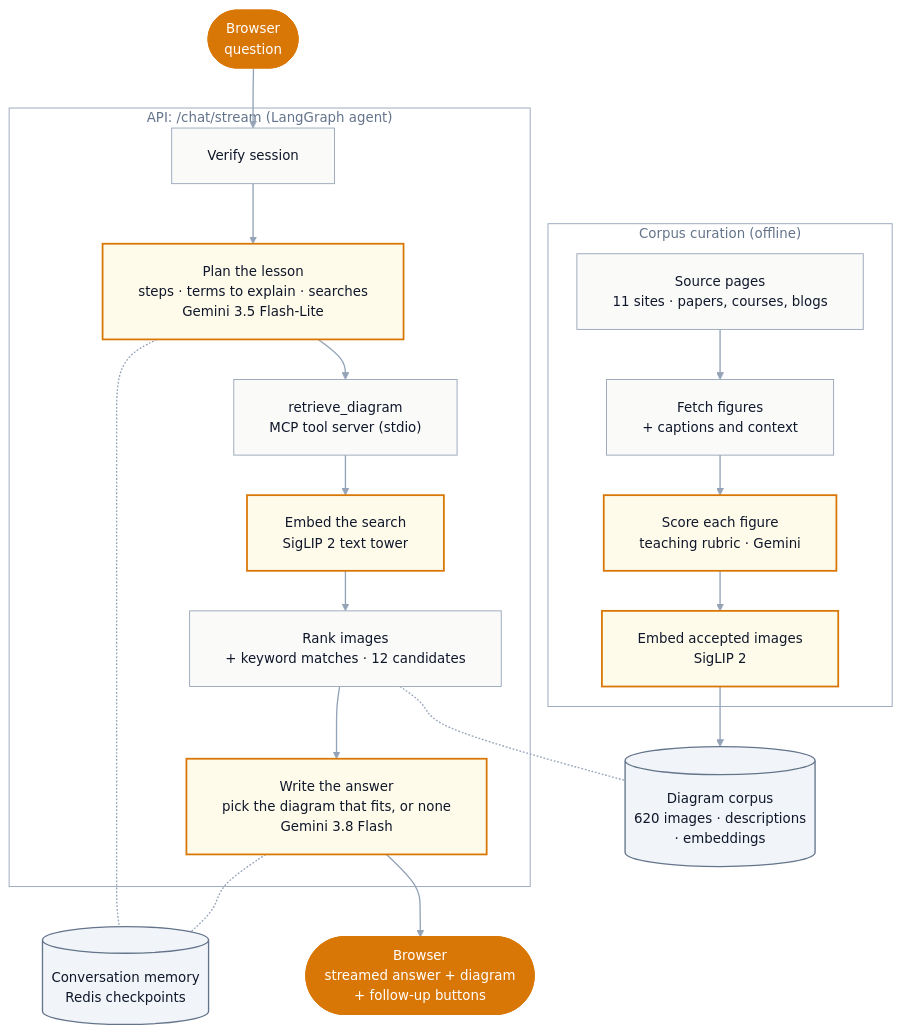
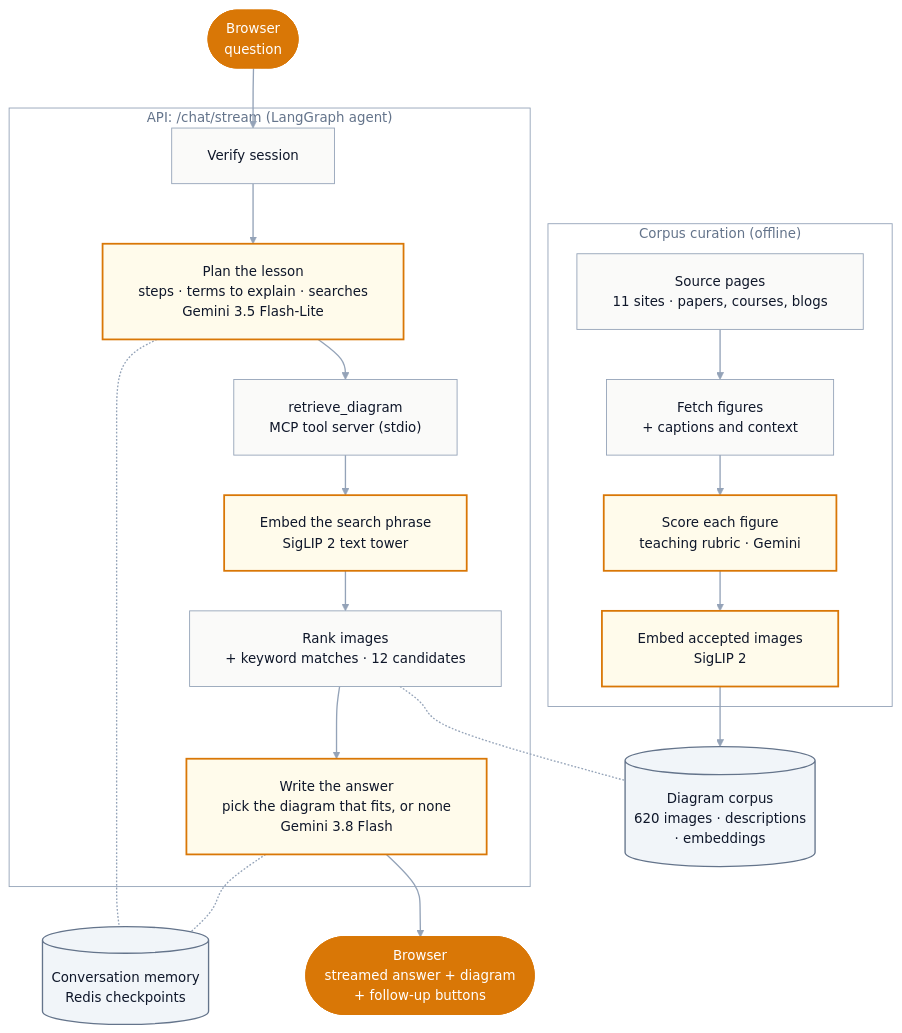
Before and after one commit to jessecui/mentorml: the diagram in README.md, drawn with Mermaid.

Commit message:
Clarify the search step label in the README diagram

````diff
--- a/README.md
+++ b/README.md
@@ -25,42 +25,42 @@
 ```mermaid
 %%{init: {"theme": "base", "themeVariables": {"fontSize": "15px", "lineColor": "#94a3b8", "textColor": "#64748b", "clusterBkg": "transparent", "clusterBorder": "#94a3b8", "titleColor": "#64748b"}, "flowchart": {"curve": "basis", "nodeSpacing": 45, "rankSpacing": 45, "padding": 20, "wrappingWidth": 400}}}%%
 flowchart TB
     UI(["Browser<br/>question"])
 
     subgraph CUR["#nbsp;#nbsp;#nbsp;#nbsp;#nbsp;#nbsp;#nbsp;#nbsp;Corpus curation (offline)#nbsp;#nbsp;#nbsp;#nbsp;#nbsp;#nbsp;#nbsp;#nbsp;"]
         S["Source pages<br/>11 sites · papers, courses, blogs"] --> F["Fetch figures<br/>+ captions and context"]
         F --> R["Score each figure<br/>teaching rubric · Gemini"]
         R --> E1["Embed accepted images<br/>SigLIP 2"]
     end
 
     STORE[("Diagram corpus<br/>620 images · descriptions<br/>· embeddings")]
     MEM[("Conversation memory<br/>Redis checkpoints")]
 
     subgraph API["#nbsp;#nbsp;#nbsp;#nbsp;#nbsp;#nbsp;#nbsp;#nbsp;API: /chat/stream (LangGraph agent)#nbsp;#nbsp;#nbsp;#nbsp;#nbsp;#nbsp;#nbsp;#nbsp;"]
         A["Verify session"] --> P["Plan the lesson<br/>steps · terms to explain · searches<br/>Gemini 3.5 Flash-Lite"]
         P --> T["retrieve_diagram<br/>MCP tool server (stdio)"]
-        T --> Q["Embed the search<br/>SigLIP 2 text tower"]
+        T --> Q["Embed the search phrase<br/>SigLIP 2 text tower"]
         Q --> K["Rank images<br/>+ keyword matches · 12 candidates"]
         K --> W["Write the answer<br/>pick the diagram that fits, or none<br/>Gemini 3.8 Flash"]
     end
 
     OUT(["Browser<br/>streamed answer + diagram<br/>+ follow-up buttons"])
 
     UI --> A
     E1 --> STORE
     K -.- STORE
     P -.- MEM
     W -.- MEM
     W --> OUT
 
     classDef step fill:#fafaf9,stroke:#94a3b8,stroke-width:1px,color:#0f172a
     classDef model fill:#fffbeb,stroke:#d97706,stroke-width:2px,color:#0f172a
     classDef store fill:#f1f5f9,stroke:#64748b,stroke-width:1.5px,color:#0f172a
     classDef client fill:#d97706,stroke:#d97706,color:#ffffff
 
     class S,F,A,T,K step
     class R,E1,P,Q,W model
     class STORE,MEM store
     class UI,OUT client
     linkStyle default stroke:#94a3b8,stroke-width:1.5px
 ```
````
